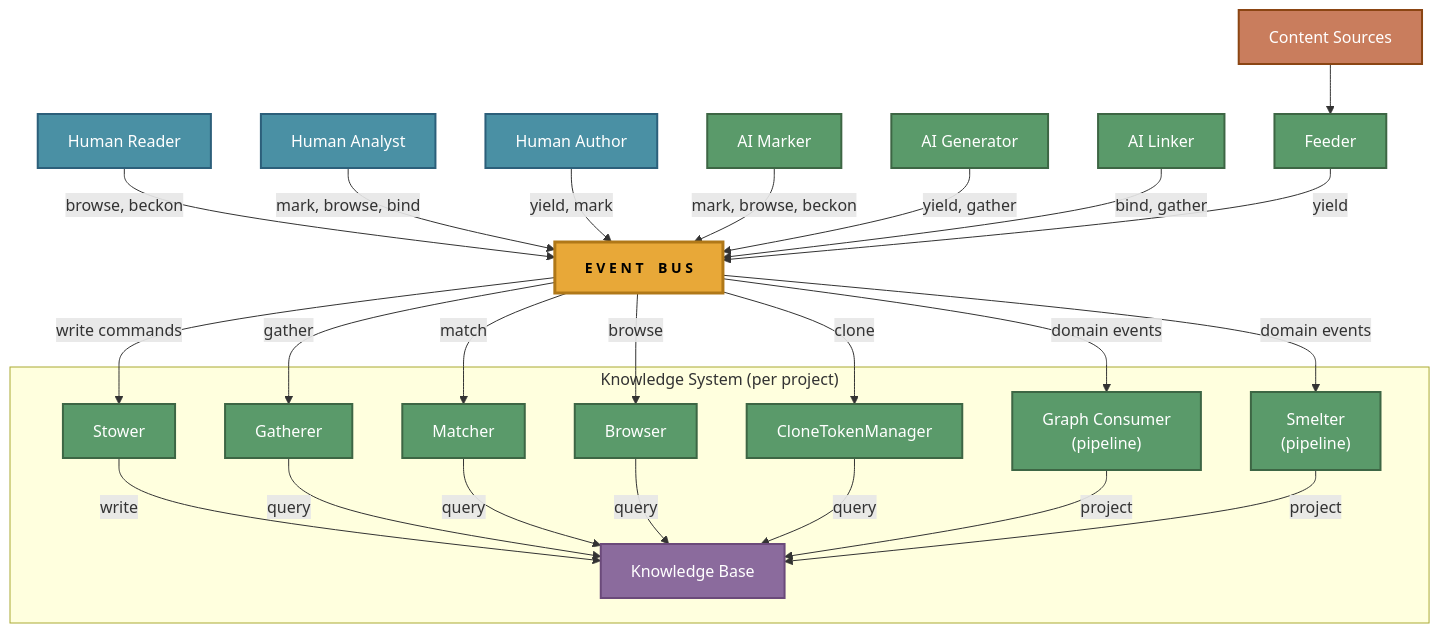
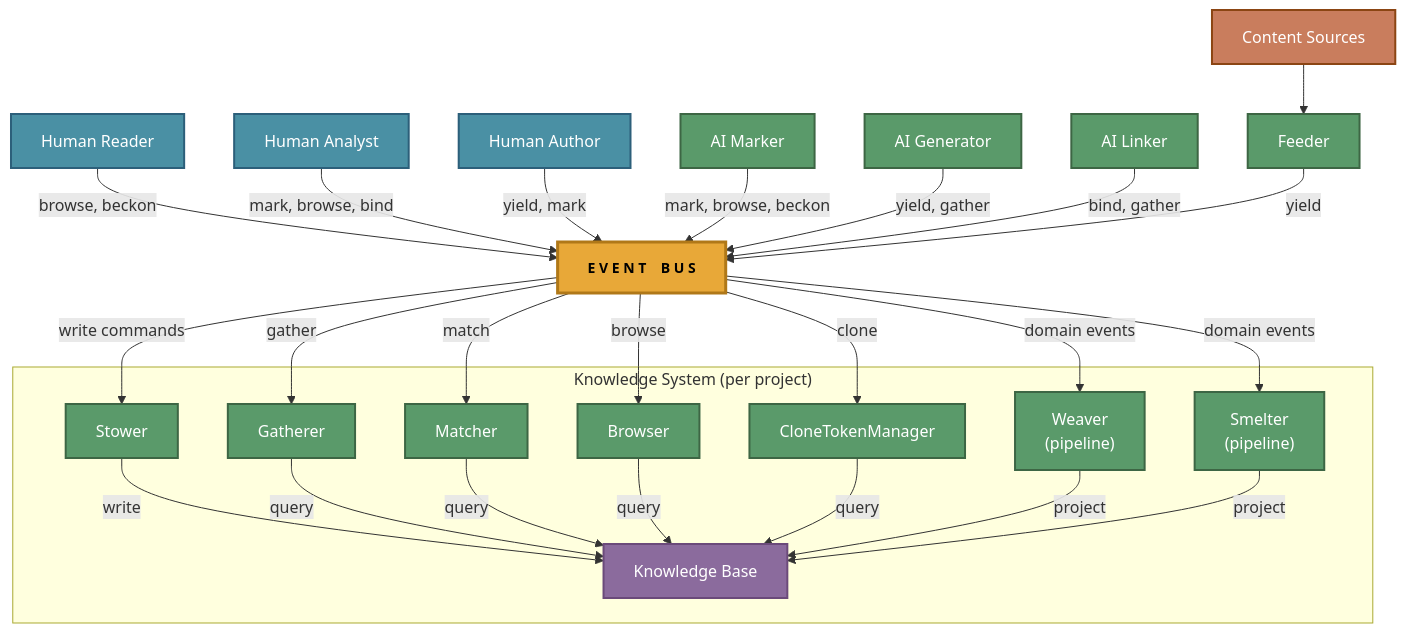
The diagram in docs/system/ACTOR-MODEL.md (The-AI-Alliance/semiont), drawn with Mermaid before and after one commit. The commit also changed other lines of this file and 47 other files, not shown here.

Commit message:
graph consumer -> weaver (#982)

````diff
--- a/docs/system/ACTOR-MODEL.md
+++ b/docs/system/ACTOR-MODEL.md
@@ -9,54 +9,54 @@
 ```mermaid
 graph TD
     READER["Human Reader"] -->|"browse, beckon"| BUS
     ANALYST["Human Analyst"] -->|"mark, browse, bind"| BUS
     AUTHOR["Human Author"] -->|"yield, mark"| BUS
     MARKER["AI Marker"] -->|"mark, browse, beckon"| BUS
     GENERATOR["AI Generator"] -->|"yield, gather"| BUS
     LINKER["AI Linker"] -->|"bind, gather"| BUS
 
     BUS["E V E N T &ensp; B U S"]
 
     subgraph ks ["Knowledge System (per project)"]
         STOWER["Stower"]
         GATHERER["Gatherer"]
         MATCHER["Matcher"]
         BROWSER["Browser"]
         CTM["CloneTokenManager"]
-        GC["Graph Consumer<br/>(pipeline)"]
+        WEAVER["Weaver<br/>(pipeline)"]
         SMELTER["Smelter<br/>(pipeline)"]
         KB["Knowledge Base"]
         STOWER -->|"write"| KB
         GATHERER -->|"query"| KB
         MATCHER -->|"query"| KB
         BROWSER -->|"query"| KB
         CTM -->|"query"| KB
-        GC -->|"project"| KB
+        WEAVER -->|"project"| KB
         SMELTER -->|"project"| KB
     end
 
     BUS -->|"write commands"| STOWER
     BUS -->|"gather"| GATHERER
     BUS -->|"match"| MATCHER
     BUS -->|"browse"| BROWSER
     BUS -->|"clone"| CTM
-    BUS -->|"domain events"| GC
+    BUS -->|"domain events"| WEAVER
     BUS -->|"domain events"| SMELTER
 
     SOURCES["Content Sources"] --> FEEDER["Feeder"]
     FEEDER -->|"yield"| BUS
 
     classDef bus fill:#e8a838,stroke:#b07818,stroke-width:3px,color:#000,font-weight:bold,font-size:14px
     classDef human fill:#4a90a4,stroke:#2c5f7a,stroke-width:2px,color:#fff
     classDef ai fill:#5a9a6a,stroke:#3d6644,stroke-width:2px,color:#fff
     classDef kb fill:#8b6b9d,stroke:#6b4a7a,stroke-width:2px,color:#fff
     classDef stream fill:#c97d5d,stroke:#8b4513,stroke-width:2px,color:#fff
     classDef worker fill:#5a9a6a,stroke:#3d6644,stroke-width:2px,color:#fff
 
     class READER,ANALYST,AUTHOR human
     class MARKER,GENERATOR,LINKER ai
     class BUS bus
     class KB kb
     class SOURCES stream
-    class FEEDER,STOWER,GATHERER,MATCHER,BROWSER,CTM,GC,SMELTER worker
+    class FEEDER,STOWER,GATHERER,MATCHER,BROWSER,CTM,WEAVER,SMELTER worker
 ```
````
